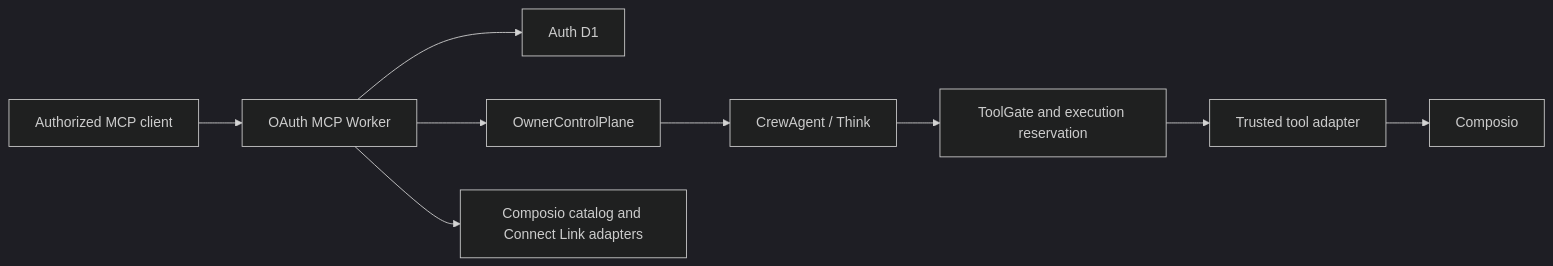
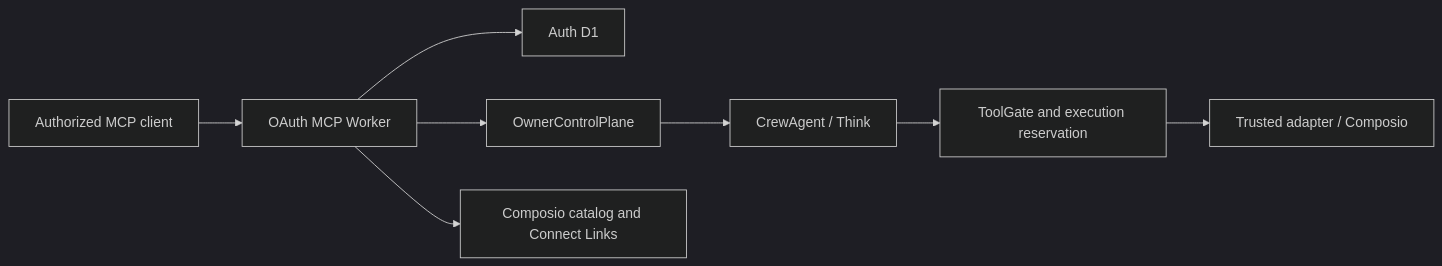
The diagram in docs/architecture/system.md (fkrein1/crewhelm), drawn with Mermaid (dark theme) before and after one commit. The commit also changed other lines of this file and 3 other files, not shown here.

First line of the commit message:
docs: trim development architecture guidance

````diff
--- a/docs/architecture/system.md
+++ b/docs/architecture/system.md
@@ -16,11 +12,10 @@
 ```mermaid
 flowchart LR
     MCP["Authorized MCP client"] --> Worker["OAuth MCP Worker"]
     Worker --> Auth["Auth D1"]
     Worker --> Owner["OwnerControlPlane"]
     Owner --> Agent["CrewAgent / Think"]
-    Worker --> Catalog["Composio catalog and Connect Link adapters"]
+    Worker --> Catalog["Composio catalog and Connect Links"]
     Agent --> Gate["ToolGate and execution reservation"]
-    Gate --> Adapter["Trusted tool adapter"]
-    Adapter --> Composio["Composio"]
+    Gate --> Composio["Trusted adapter / Composio"]
 ```
````
